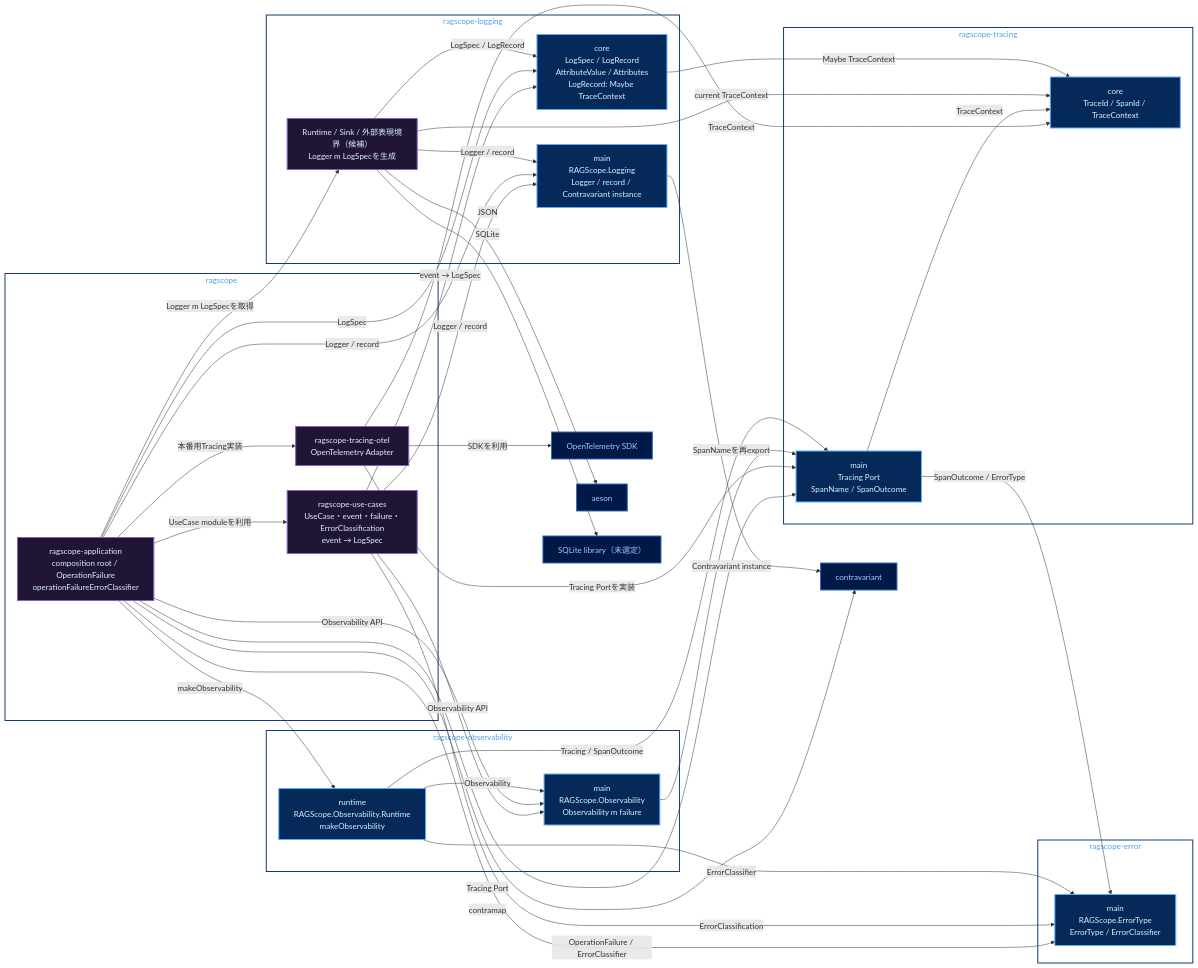
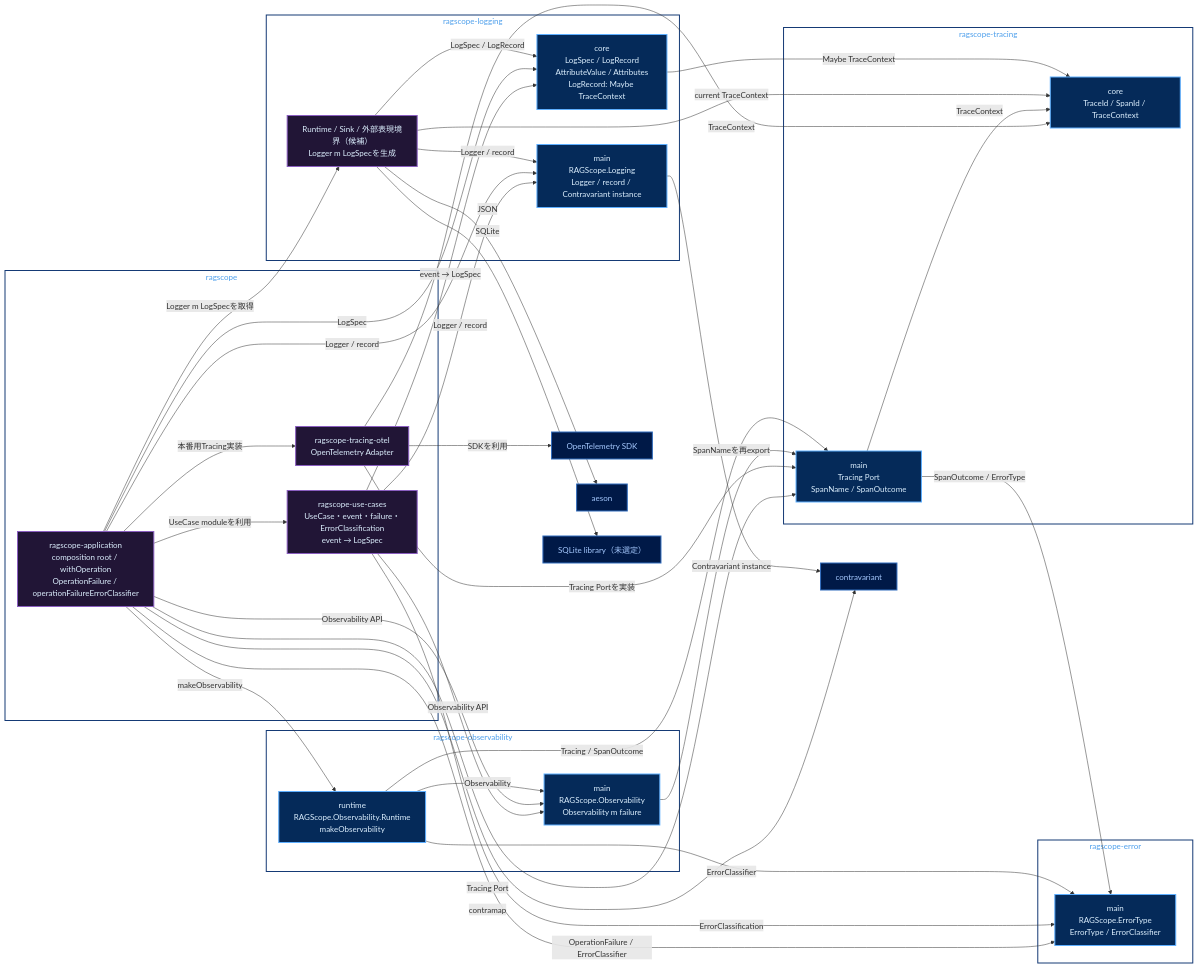
One commit to takashit16833/Workbench changed the diagram in Notes/RAGScope/RAGScopeアプリケーション/実行追跡・構造化ログ静的依存図.md. Above: the diagram before and after it, drawn with Mermaid. The commit also changed 5 other files, not shown here.

````diff
--- a/Notes/RAGScope/RAGScopeアプリケーション/実行追跡・構造化ログ静的依存図.md
+++ b/Notes/RAGScope/RAGScopeアプリケーション/実行追跡・構造化ログ静的依存図.md
@@ -23,71 +23,71 @@
 ```mermaid
 flowchart LR
     subgraph pkg_ragscope["ragscope"]
         usecases["ragscope-use-cases<br/>UseCase・event・failure・ErrorClassification<br/>event → LogSpec"]
-        application["ragscope-application<br/>composition root / OperationFailure<br/>operationFailureErrorClassifier"]
+        application["ragscope-application<br/>composition root / withOperation<br/>OperationFailure / operationFailureErrorClassifier"]
         tracing_otel["ragscope-tracing-otel<br/>OpenTelemetry Adapter"]
     end
     subgraph pkg_error["ragscope-error"]
         error_main["main<br/>RAGScope.ErrorType<br/>ErrorType / ErrorClassifier"]
     end
     subgraph pkg_obs["ragscope-observability"]
         obs_main["main<br/>RAGScope.Observability<br/>Observability m failure"]
         obs_runtime["runtime<br/>RAGScope.Observability.Runtime<br/>makeObservability"]
     end
     subgraph pkg_tracing["ragscope-tracing"]
         trace_main["main<br/>Tracing Port<br/>SpanName / SpanOutcome"]
         trace_core["core<br/>TraceId / SpanId / TraceContext"]
     end
     subgraph pkg_logging["ragscope-logging"]
         log_core["core<br/>LogSpec / LogRecord<br/>AttributeValue / Attributes<br/>LogRecord: Maybe TraceContext"]
         log_main["main<br/>RAGScope.Logging<br/>Logger / record / Contravariant instance"]
         log_internal["Runtime / Sink / 外部表現境界（候補）<br/>Logger m LogSpecを生成"]
     end
     contravariant["contravariant"]
     otel_sdk["OpenTelemetry SDK"]
     aeson["aeson"]
     sqlite_lib["SQLite library（未選定）"]
 
     application -->|UseCase moduleを利用| usecases
     application -->|OperationFailure / ErrorClassifier| error_main
     usecases -->|Observability API| obs_main
     usecases -->|ErrorClassification| error_main
     usecases -->|Logger / record| log_main
     usecases -->|event → LogSpec| log_core
     application -->|Observability API| obs_main
     application -->|makeObservability| obs_runtime
     application -->|Logger / record| log_main
     application -->|LogSpec| log_core
     application -->|Logger m LogSpecを取得| log_internal
     application -->|contramap| contravariant
     application -->|Tracing Port| trace_main
     application -->|本番用Tracing実装| tracing_otel
     tracing_otel -->|Tracing Portを実装| trace_main
     tracing_otel -->|TraceContext| trace_core
     tracing_otel -->|SDKを利用| otel_sdk
     obs_main -->|SpanNameを再export| trace_main
     obs_runtime -->|Observability| obs_main
     obs_runtime -->|Tracing / SpanOutcome| trace_main
     obs_runtime -->|ErrorClassifier| error_main
     trace_main -->|TraceContext| trace_core
     trace_main -->|SpanOutcome / ErrorType| error_main
     log_main -->|Contravariant instance| contravariant
     log_internal -->|Logger / record| log_main
     log_internal -->|LogSpec / LogRecord| log_core
     log_internal -->|current TraceContext| trace_core
     log_internal -->|JSON| aeson
     log_internal -->|SQLite| sqlite_lib
     log_core -->|Maybe TraceContext| trace_core
 
     classDef public fill:#052A59,stroke:#5EAFFF,color:#DDF0FF,stroke-width:2px
     classDef private fill:#211536,stroke:#8A5EC0,color:#DDF0FF,stroke-width:2px
     classDef external fill:#001947,stroke:#316CBD,color:#A6CAFF,stroke-width:2px
     class error_main,obs_main,obs_runtime,trace_main,trace_core,log_core,log_main public
     class usecases,application,tracing_otel,log_internal private
     class contravariant,otel_sdk,aeson,sqlite_lib external
     style pkg_ragscope fill:transparent,stroke:#153A75,color:#4C9EEB,stroke-width:2px
     style pkg_error fill:transparent,stroke:#153A75,color:#4C9EEB,stroke-width:2px
     style pkg_obs fill:transparent,stroke:#153A75,color:#4C9EEB,stroke-width:2px
     style pkg_tracing fill:transparent,stroke:#153A75,color:#4C9EEB,stroke-width:2px
     style pkg_logging fill:transparent,stroke:#153A75,color:#4C9EEB,stroke-width:2px
 ```
````
